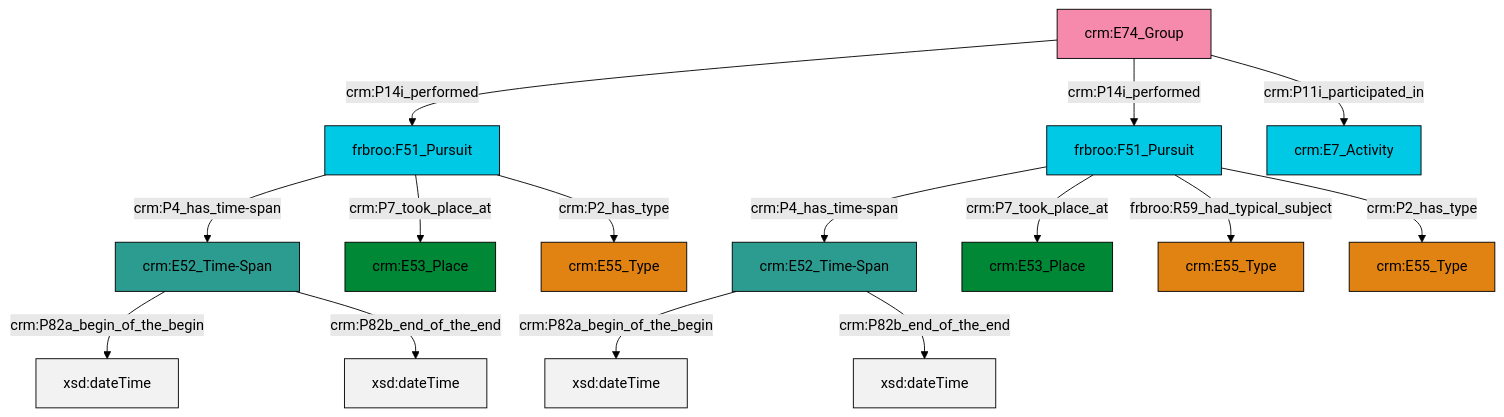
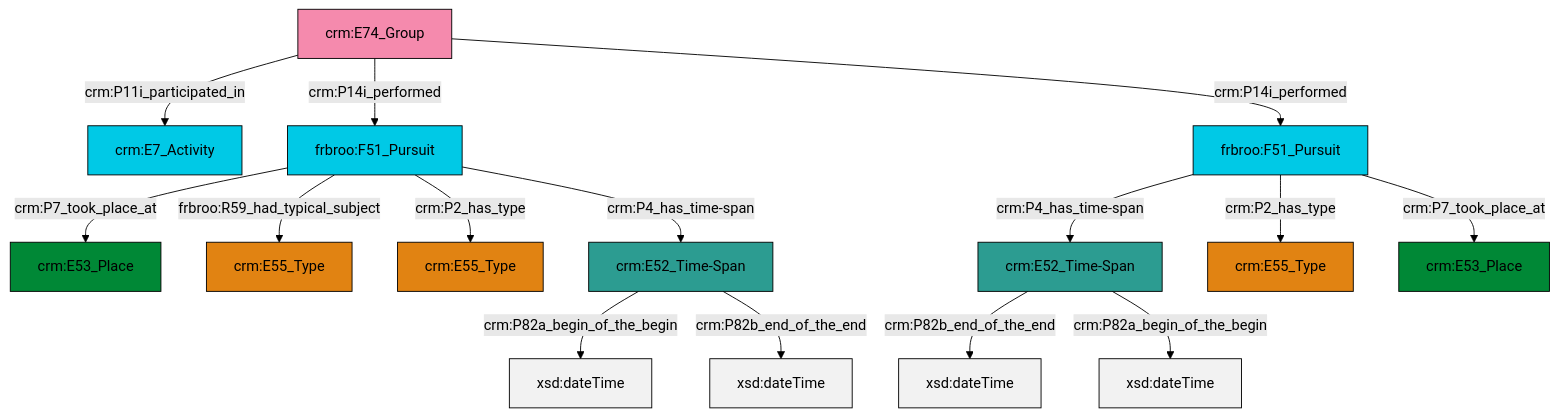
One commit to swiss-art-research-net/docs.swissartresearch changed the diagram in et/groupCSV/ttl/mmd/group_events.ttl.mmd. Above: the diagram before and after it, drawn with Mermaid (forest theme). The commit also changed 185 other files, not shown here.

```diff
--- a/et/groupCSV/ttl/mmd/group_events.ttl.mmd
+++ b/et/groupCSV/ttl/mmd/group_events.ttl.mmd
@@ -1,29 +1,29 @@
 graph TD
 classDef Literal fill:#f2f2f2,stroke:#000000;
 classDef CRM_Entity fill:#FFFFFF,stroke:#000000;
 classDef Temporal_Entity fill:#00C9E6, stroke:#000000;
 classDef Type fill:#E18312, stroke:#000000;
 classDef Time-Span fill:#2C9C91, stroke:#000000;
 classDef Appellation fill:#FFEB7F, stroke:#000000;
 classDef Place fill:#008836, stroke:#000000;
 classDef Persistent_Item fill:#B266B2, stroke:#000000;
 classDef Conceptual_Object fill:#FFD700, stroke:#000000;
 classDef Physical_Thing fill:#D2B48C, stroke:#000000;
 classDef Actor fill:#f58aad, stroke:#000000;
 classDef PC_Classes fill:#4ce600, stroke:#000000;
 classDef Multi fill:#cccccc,stroke:#000000;
 
-4["crm:E74_Group"]:::Actor -->|crm:P14i_performed| 6["frbroo:F51_Pursuit"]:::Temporal_Entity
-7["frbroo:F51_Pursuit"]:::Temporal_Entity -->|crm:P4_has_time-span| 8["crm:E52_Time-Span"]:::Time-Span
-6["frbroo:F51_Pursuit"]:::Temporal_Entity -->|crm:P4_has_time-span| 9["crm:E52_Time-Span"]:::Time-Span
-8["crm:E52_Time-Span"]:::Time-Span -->|crm:P82a_begin_of_the_begin| 10[xsd:dateTime]:::Literal
-7["frbroo:F51_Pursuit"]:::Temporal_Entity -->|crm:P7_took_place_at| 0["crm:E53_Place"]:::Place
-6["frbroo:F51_Pursuit"]:::Temporal_Entity -->|crm:P7_took_place_at| 11["crm:E53_Place"]:::Place
-9["crm:E52_Time-Span"]:::Time-Span -->|crm:P82a_begin_of_the_begin| 12[xsd:dateTime]:::Literal
-7["frbroo:F51_Pursuit"]:::Temporal_Entity -->|frbroo:R59_had_typical_subject| 2["crm:E55_Type"]:::Type
-4["crm:E74_Group"]:::Actor -->|crm:P14i_performed| 7["frbroo:F51_Pursuit"]:::Temporal_Entity
-7["frbroo:F51_Pursuit"]:::Temporal_Entity -->|crm:P2_has_type| 20["crm:E55_Type"]:::Type
-8["crm:E52_Time-Span"]:::Time-Span -->|crm:P82b_end_of_the_end| 21[xsd:dateTime]:::Literal
-4["crm:E74_Group"]:::Actor -->|crm:P11i_participated_in| 15["crm:E7_Activity"]:::Temporal_Entity
-6["frbroo:F51_Pursuit"]:::Temporal_Entity -->|crm:P2_has_type| 18["crm:E55_Type"]:::Type
-9["crm:E52_Time-Span"]:::Time-Span -->|crm:P82b_end_of_the_end| 24[xsd:dateTime]:::Literal
+0["crm:E74_Group"]:::Actor -->|crm:P11i_participated_in| 1["crm:E7_Activity"]:::Temporal_Entity
+0["crm:E74_Group"]:::Actor -->|crm:P14i_performed| 7["frbroo:F51_Pursuit"]:::Temporal_Entity
+7["frbroo:F51_Pursuit"]:::Temporal_Entity -->|crm:P7_took_place_at| 5["crm:E53_Place"]:::Place
+11["crm:E52_Time-Span"]:::Time-Span -->|crm:P82a_begin_of_the_begin| 12[xsd:dateTime]:::Literal
+15["crm:E52_Time-Span"]:::Time-Span -->|crm:P82b_end_of_the_end| 16[xsd:dateTime]:::Literal
+20["frbroo:F51_Pursuit"]:::Temporal_Entity -->|crm:P4_has_time-span| 15["crm:E52_Time-Span"]:::Time-Span
+7["frbroo:F51_Pursuit"]:::Temporal_Entity -->|frbroo:R59_had_typical_subject| 21["crm:E55_Type"]:::Type
+15["crm:E52_Time-Span"]:::Time-Span -->|crm:P82a_begin_of_the_begin| 23[xsd:dateTime]:::Literal
+20["frbroo:F51_Pursuit"]:::Temporal_Entity -->|crm:P2_has_type| 3["crm:E55_Type"]:::Type
+11["crm:E52_Time-Span"]:::Time-Span -->|crm:P82b_end_of_the_end| 25[xsd:dateTime]:::Literal
+20["frbroo:F51_Pursuit"]:::Temporal_Entity -->|crm:P7_took_place_at| 18["crm:E53_Place"]:::Place
+0["crm:E74_Group"]:::Actor -->|crm:P14i_performed| 20["frbroo:F51_Pursuit"]:::Temporal_Entity
+7["frbroo:F51_Pursuit"]:::Temporal_Entity -->|crm:P2_has_type| 8["crm:E55_Type"]:::Type
+7["frbroo:F51_Pursuit"]:::Temporal_Entity -->|crm:P4_has_time-span| 11["crm:E52_Time-Span"]:::Time-Span
```
